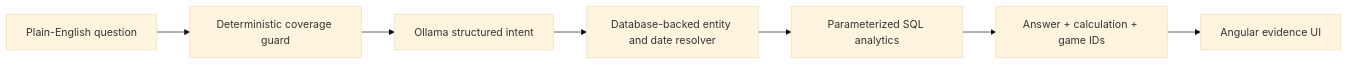
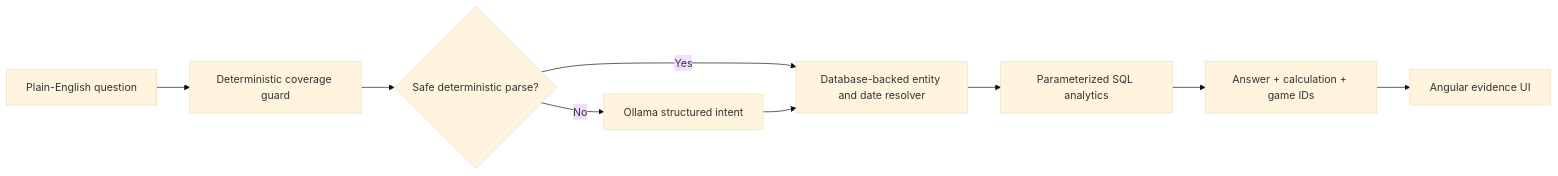
The diagram in README.md (Nico71113/nba-rockets-ai-analytics), drawn with Mermaid (base theme) before and after one commit. The commit also changed other lines of this file and 28 other files, not shown here.

````diff
--- a/README.md
+++ b/README.md
@@ -27,9 +31,11 @@
 ```mermaid
 flowchart LR
     Q[Plain-English question] --> G[Deterministic coverage guard]
-    G --> L[Ollama structured intent]
-    L --> R[Database-backed entity and date resolver]
+    G --> D{Safe deterministic parse?}
+    D -->|Yes| R[Database-backed entity and date resolver]
+    D -->|No| L[Ollama structured intent]
+    L --> R
     R --> A[Parameterized SQL analytics]
     A --> E[Answer + calculation + game IDs]
     E --> U[Angular evidence UI]
 ```
````
